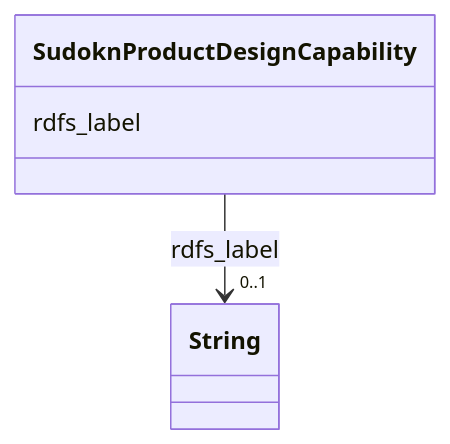
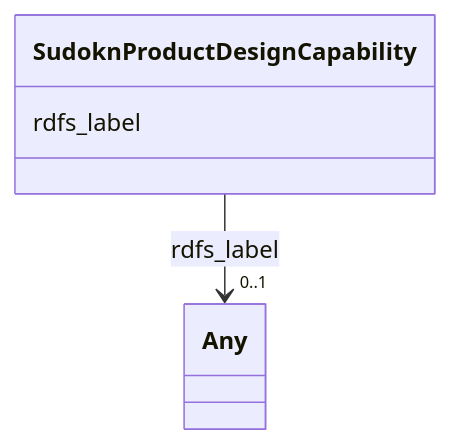
The diagram in sudokn-kg/classes/SudoknProductDesignCapability.md (frink-okn/graph-descriptions), drawn with Mermaid before and after one commit. The commit also changed other lines of this file and 903 other files, not shown here.

````diff
--- a/sudokn-kg/classes/SudoknProductDesignCapability.md
+++ b/sudokn-kg/classes/SudoknProductDesignCapability.md
@@ -23,15 +18,15 @@
 ```mermaid
  classDiagram
     class SudoknProductDesignCapability
     click SudoknProductDesignCapability href "../SudoknProductDesignCapability"
       SudoknProductDesignCapability : rdfs_label
         
           
     
     
-    SudoknProductDesignCapability --> "0..1" String : rdfs_label
-    click String href "../String"
+    SudoknProductDesignCapability --> "0..1" Any : rdfs_label
+    click Any href "../Any"
 
         
       
 ```
````
